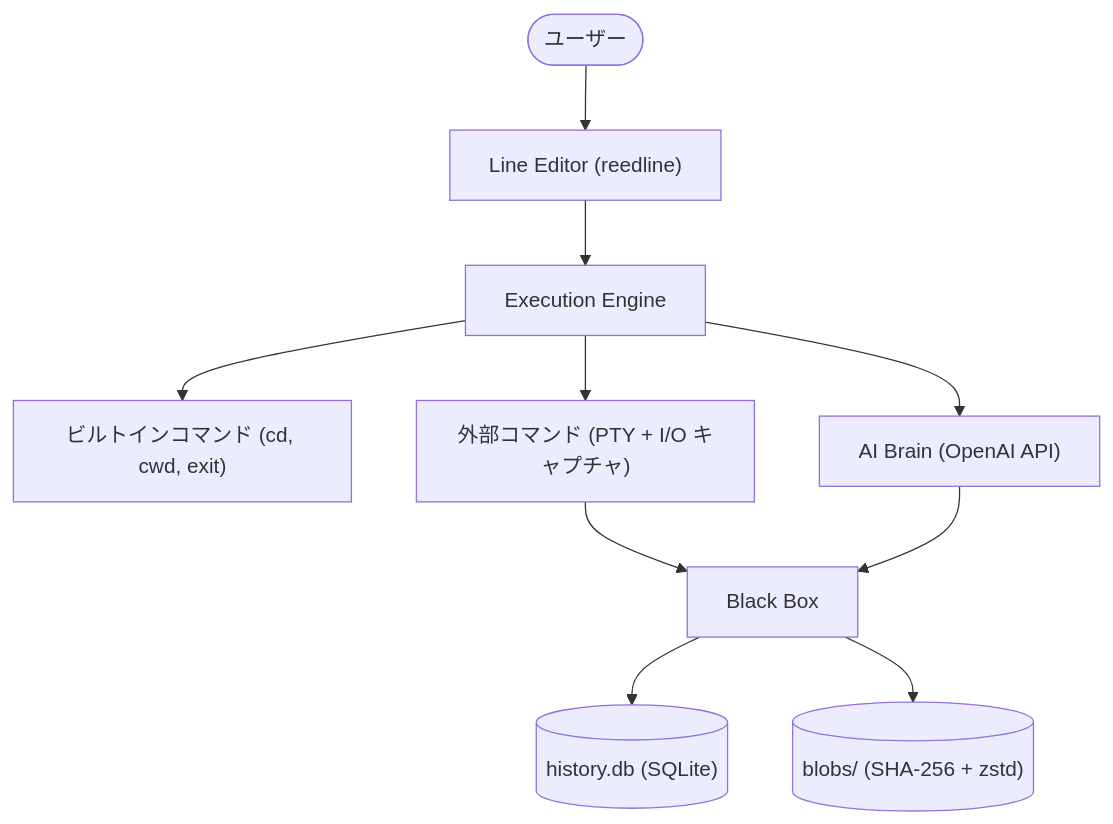
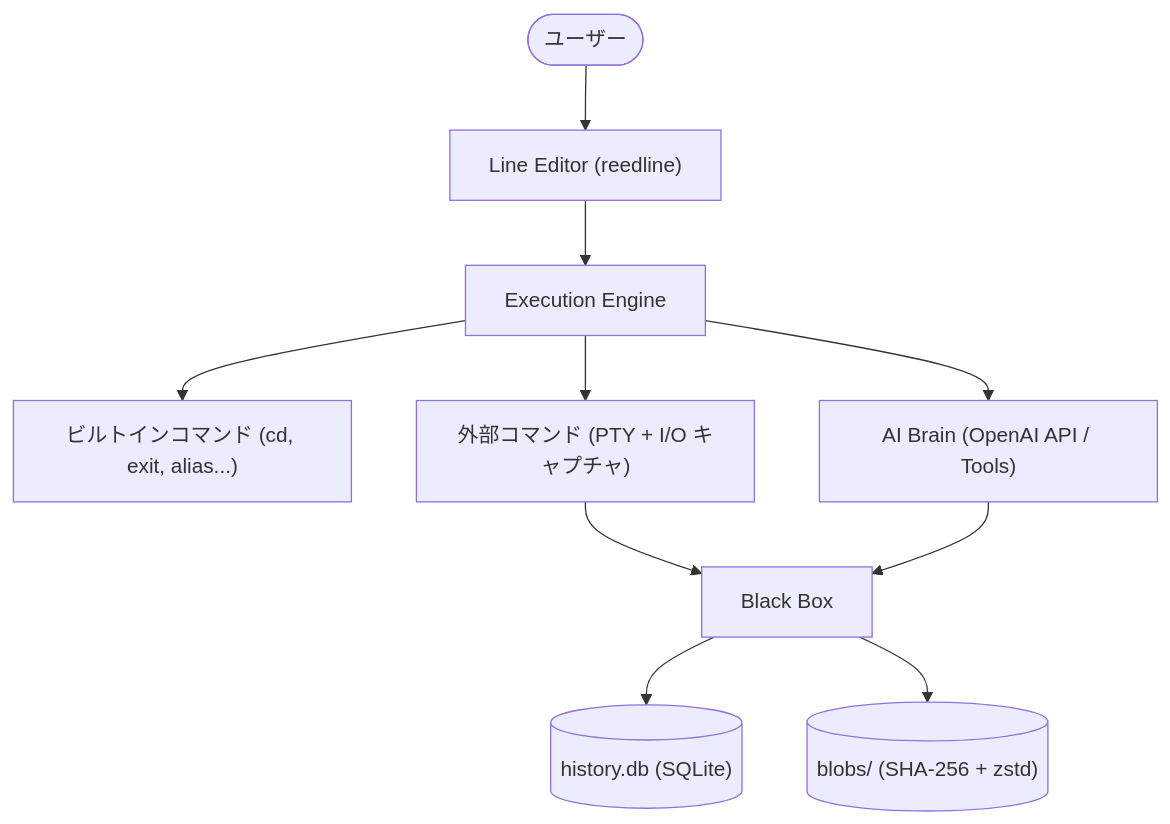
One commit to tominaga-h/jarvis-shell changed the diagram in docs/README_JA.md. Above: the diagram before and after it, drawn with Mermaid. The commit also changed other lines of this file and 1 other file, not shown here.

````diff
--- a/docs/README_JA.md
+++ b/docs/README_JA.md
@@ -150,12 +138,12 @@
 ```mermaid
 graph TB
     User(["ユーザー"]) --> A["Line Editor (reedline)"]
     A --> B["Execution Engine"]
-    B --> B1["ビルトインコマンド (cd, cwd, exit)"]
+    B --> B1["ビルトインコマンド (cd, exit, alias...)"]
     B --> B2["外部コマンド (PTY + I/O キャプチャ)"]
-    B --> D["AI Brain (OpenAI API)"]
+    B --> D["AI Brain (OpenAI API / Tools)"]
     B2 --> C["Black Box"]
     D --> C
     C --> C1[("history.db (SQLite)")]
     C --> C2[("blobs/ (SHA-256 + zstd)")]
 ```
````
